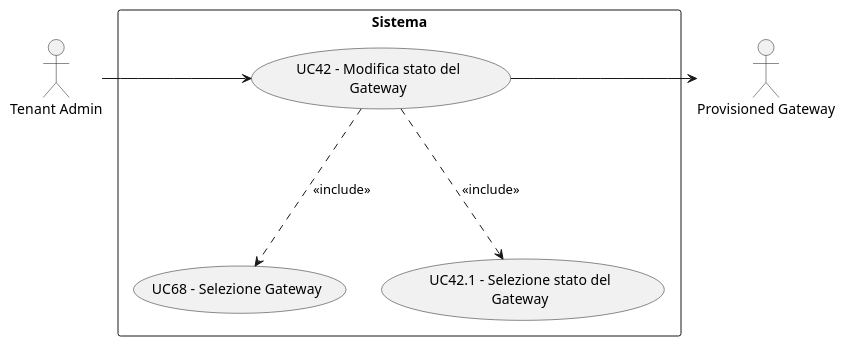
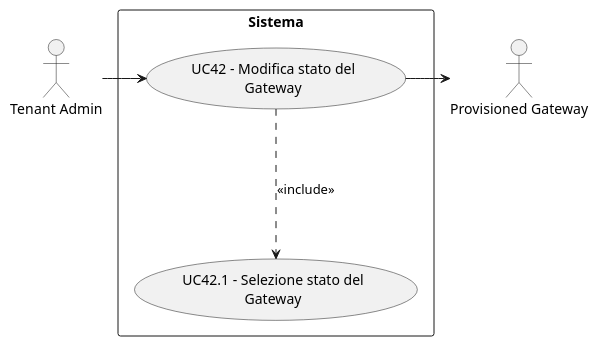
The diagram in docs/12-rtb/docest/analisi_requisiti/puml_output/cloud/modifica_stato_gateway.puml (NoTIPswe/RepoDocumentale), drawn with PlantUML before and after one commit. The commit also changed 17 other files, not shown here.

```diff
--- a/docs/12-rtb/docest/analisi_requisiti/puml_output/cloud/modifica_stato_gateway.puml
+++ b/docs/12-rtb/docest/analisi_requisiti/puml_output/cloud/modifica_stato_gateway.puml
@@ -1,20 +1,18 @@
 @startuml
 skinparam wrapWidth 200
 skinparam MaxMessageSize 150
 top to bottom direction
 skinparam packageStyle rectangle
 
 actor "Provisioned Gateway" as CA_p_gway
 actor "Tenant Admin" as CA_tenant_adm
 
 rectangle "Sistema" {
     usecase "UC42 - Modifica stato del Gateway" as modifica_stato_gateway
-    usecase "UC68 - Selezione Gateway" as selezione_gateway
     usecase "UC42.1 - Selezione stato del Gateway" as selezione_stato_gateway
 }
 
 CA_tenant_adm -right-> modifica_stato_gateway
 modifica_stato_gateway -right-> CA_p_gway
-modifica_stato_gateway -down..> selezione_gateway : <<include>>
 modifica_stato_gateway -down..> selezione_stato_gateway : <<include>>
 @enduml
```
